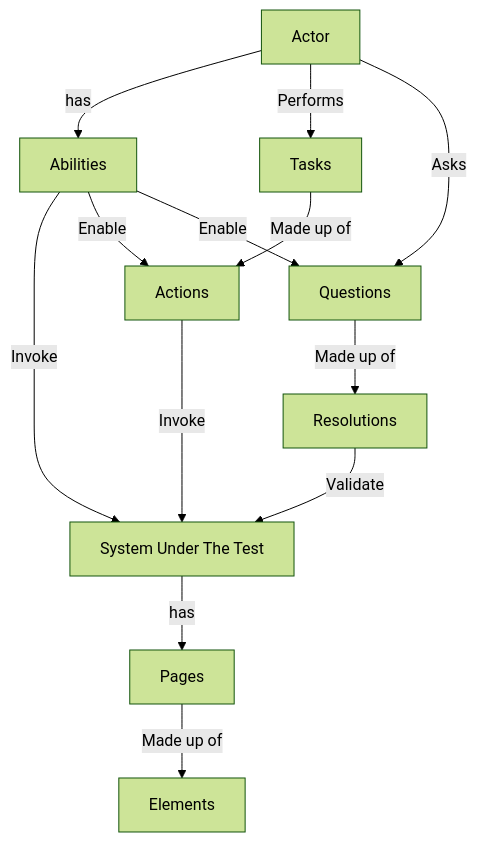
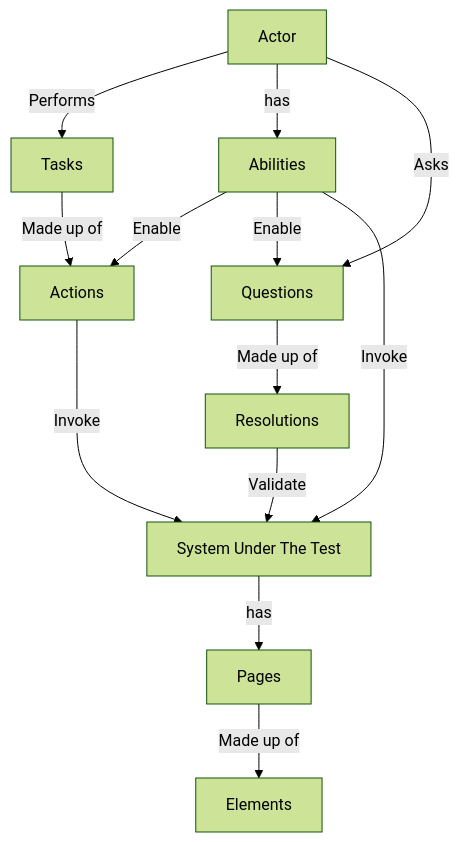
Before and after one commit to AlirezaSoltaniJazi/python-playwright-pytest-screenplay: the diagram in screenplay_pattern.md, drawn with Mermaid (forest theme).

Commit message:
Update diagram

````diff
--- a/screenplay_pattern.md
+++ b/screenplay_pattern.md
@@ -13,23 +13,15 @@
 ```mermaid
 flowchart TD
-    A["fa:user-o Actor"] -- has --> B
     A[Actor] -- Performs --> D
+    A[Actor] -- has --> B
     A[Actor] -- Asks --> E
-    
+    B[Abilities] -- Enable --> C & E
     B[Abilities] -- Invoke --> G
-    B[Abilities] -- Enable --> C & E
-    
     C[Actions] -- Invoke --> G
-    
     D[Tasks] -- Made up of --> C
-    
     E[Questions] -- Made up of --> F
-    
     F[Resolutions] -- Validate --> G
-    
     G[System Under The Test] -- has --> H
-    
     H[Pages] -- Made up of --> I
-    
     I[Elements]
 ```
````
